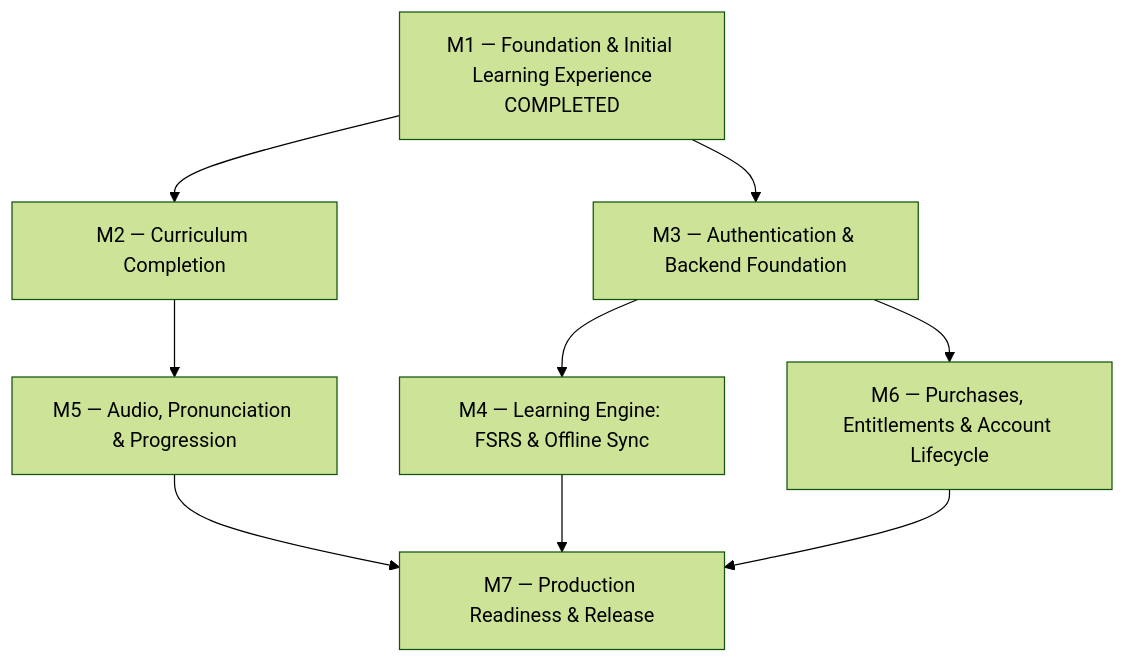
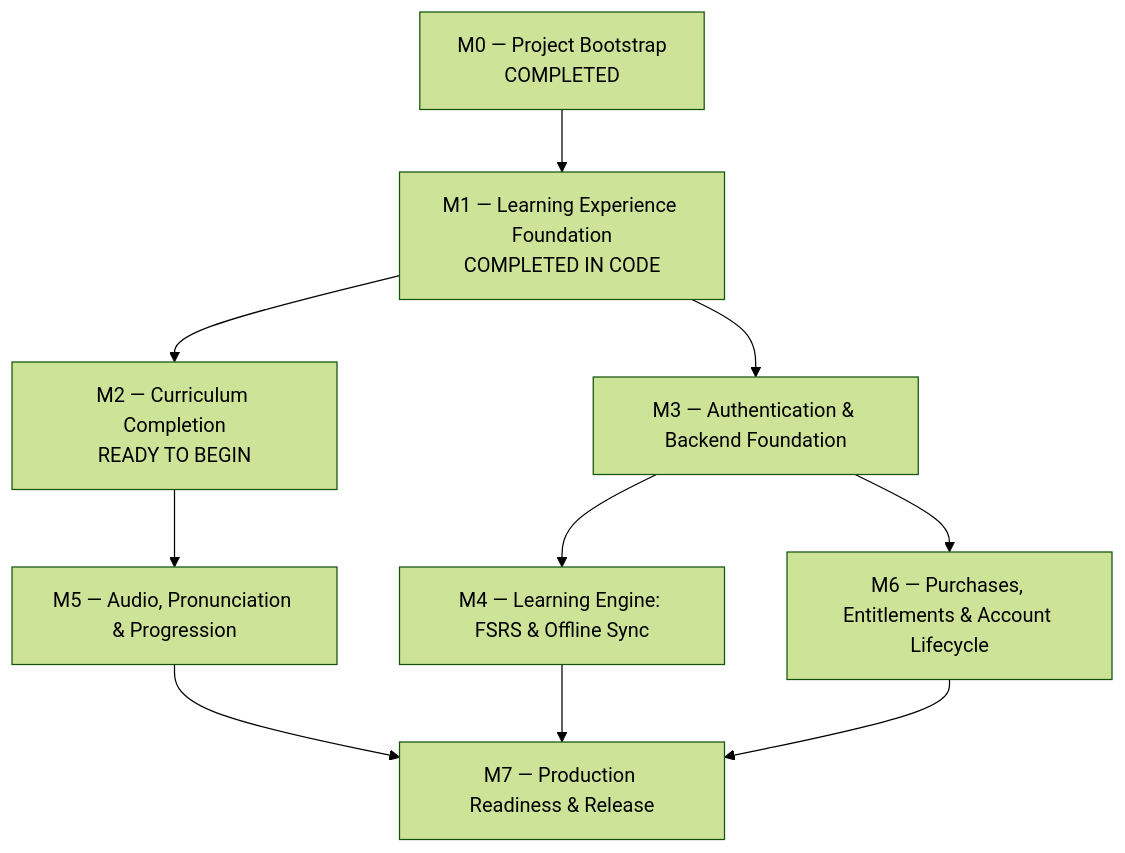
The diagram in docs/roadmap/PROPOSED_MILESTONES.md (PadoSensei/bjj-lang), drawn with Mermaid (forest theme) before and after one commit. The commit also changed other lines of this file and 1 other file, not shown here.

Commit message:
docs(roadmap): audit M1 milestone and map M2 readiness

````diff
--- a/docs/roadmap/PROPOSED_MILESTONES.md
+++ b/docs/roadmap/PROPOSED_MILESTONES.md
@@ -25,11 +42,12 @@
 ```mermaid
 graph TD
-    M1[M1 — Foundation & Initial Learning Experience<br>COMPLETED] --> M2[M2 — Curriculum Completion]
+    M0[M0 — Project Bootstrap<br>COMPLETED] --> M1[M1 — Learning Experience Foundation<br>COMPLETED IN CODE]
+    M1 --> M2[M2 — Curriculum Completion<br>READY TO BEGIN]
     M1 --> M3[M3 — Authentication & Backend Foundation]
     M2 --> M5[M5 — Audio, Pronunciation & Progression]
     M3 --> M4[M4 — Learning Engine: FSRS & Offline Sync]
     M3 --> M6[M6 — Purchases, Entitlements & Account Lifecycle]
     M4 --> M7[M7 — Production Readiness & Release]
     M5 --> M7
     M6 --> M7
 ```
````
